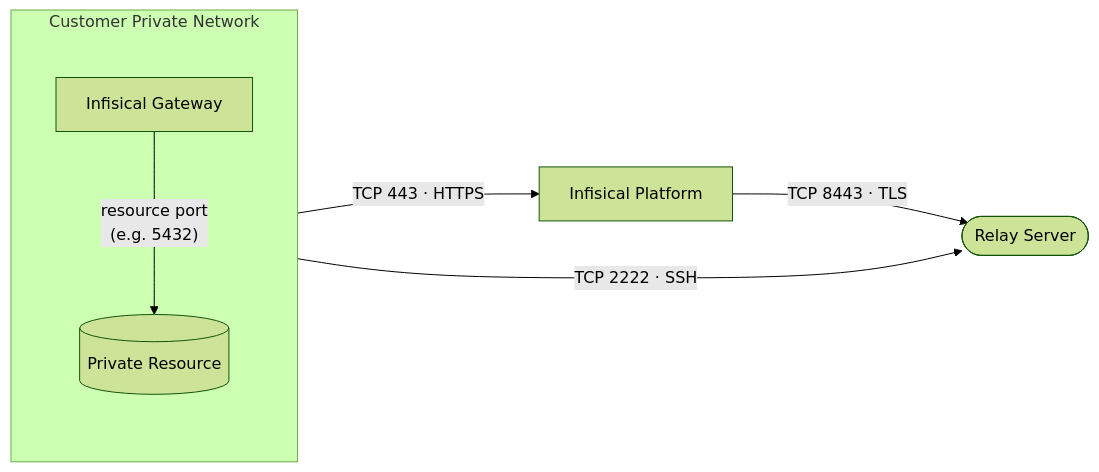
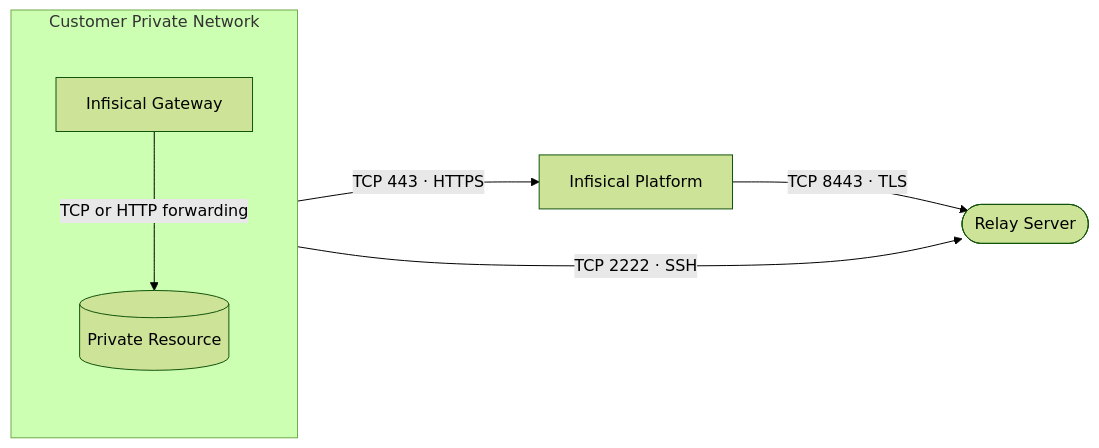
Before and after one commit to Infisical/infisical: the diagram in docs/documentation/platform/gateways/network-architecture.mdx, drawn with Mermaid (forest theme). The commit also changed other lines of this file, not shown here.

Commit message:
docs: link relay concept, note HTTP forwarding for non-TCP resources, and replace control/data-plane jargon with plain connection names

````diff
--- a/docs/documentation/platform/gateways/network-architecture.mdx
+++ b/docs/documentation/platform/gateways/network-architecture.mdx
@@ -11,15 +11,15 @@
 ```mermaid
 %%{init: {'flowchart': {'nodeSpacing': 70, 'rankSpacing': 110, 'curve': 'basis'}}}%%
 flowchart LR
   subgraph customer["Customer Private Network"]
     direction TB
     GW["Infisical Gateway"]
     RES[("Private Resource")]
-    GW -->|"resource port<br/>(e.g. 5432)"| RES
+    GW -->|"TCP or HTTP forwarding"| RES
   end
   PLAT["Infisical Platform"]
   RELAY(["Relay Server"])
   GW -->|"TCP 443 · HTTPS"| PLAT
   GW -->|"TCP 2222 · SSH"| RELAY
   PLAT -->|"TCP 8443 · TLS"| RELAY
 ```
````
